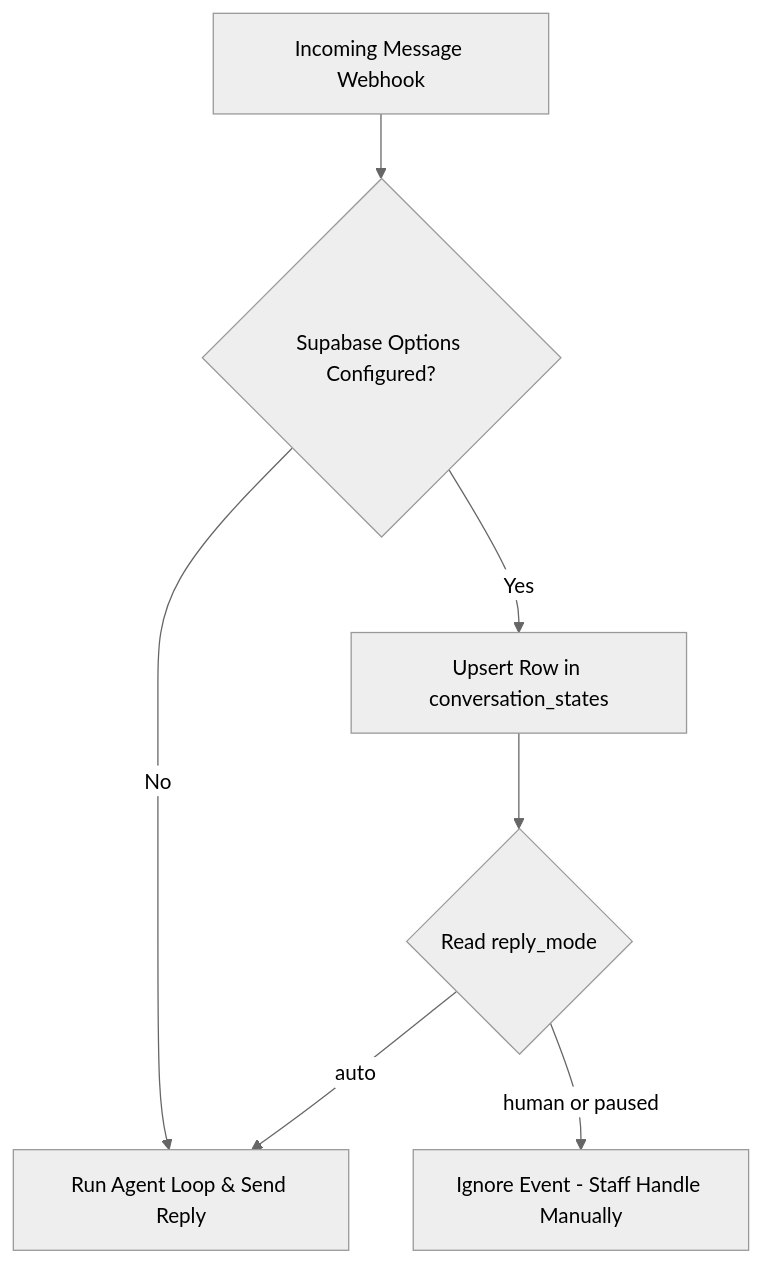
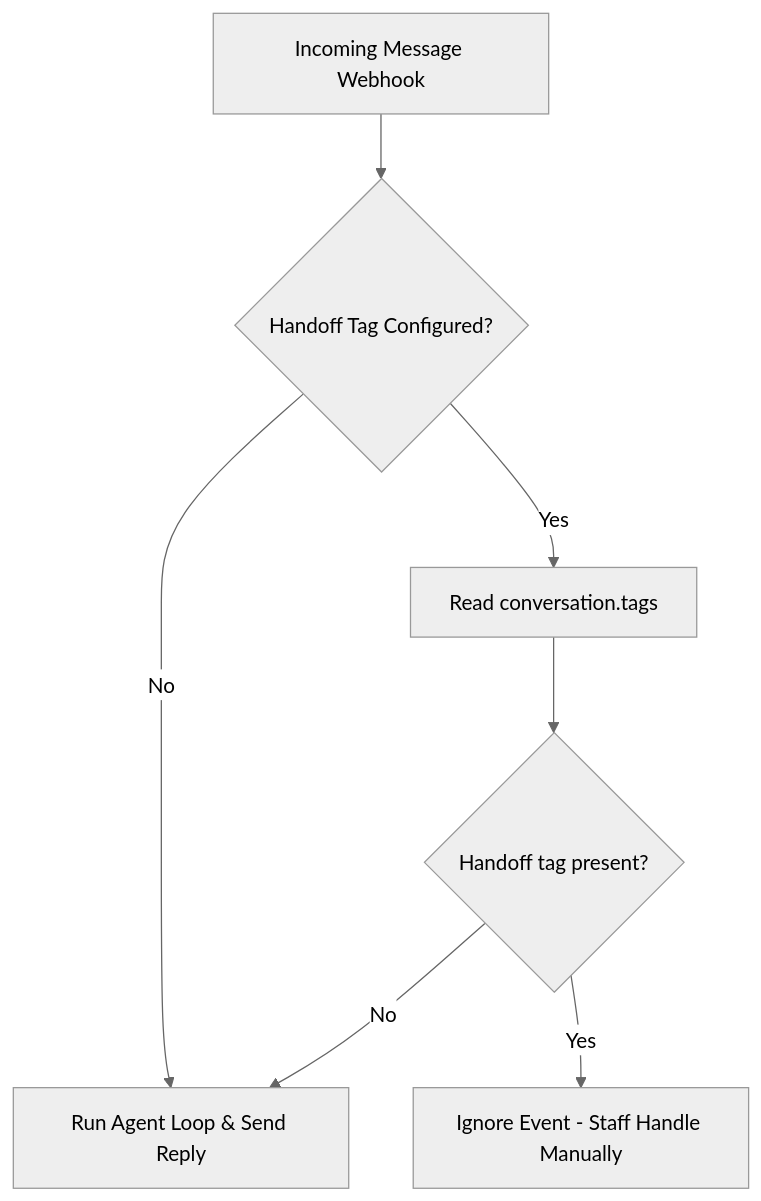
Before and after one commit to beeblastco/broods: the diagram in docs/channels/pancake.md, drawn with Mermaid (neutral theme). The commit also changed other lines of this file and 10 other files, not shown here.

Commit message:
refactor: use Pancake handoff tag for reply gating

````diff
--- a/docs/channels/pancake.md
+++ b/docs/channels/pancake.md
@@ -47,9 +46,9 @@
 ```mermaid
 flowchart TD
-    Webhook[Incoming Message Webhook] --> CheckSupabase{Supabase Options Configured?}
-    CheckSupabase -- No --> ExecuteAgent[Run Agent Loop & Send Reply]
-    CheckSupabase -- Yes --> UpsertRow[Upsert Row in conversation_states]
-    UpsertRow --> CheckReplyMode{Read reply_mode}
-    CheckReplyMode -- auto --> ExecuteAgent
-    CheckReplyMode -- human or paused --> SkipAgent[Ignore Event - Staff Handle Manually]
+    Webhook[Incoming Message Webhook] --> CheckHandoff{Handoff Tag Configured?}
+    CheckHandoff -- No --> ExecuteAgent[Run Agent Loop & Send Reply]
+    CheckHandoff -- Yes --> ReadTags[Read conversation.tags]
+    ReadTags --> HasTag{Handoff tag present?}
+    HasTag -- No --> ExecuteAgent
+    HasTag -- Yes --> SkipAgent[Ignore Event - Staff Handle Manually]
 ```
````
